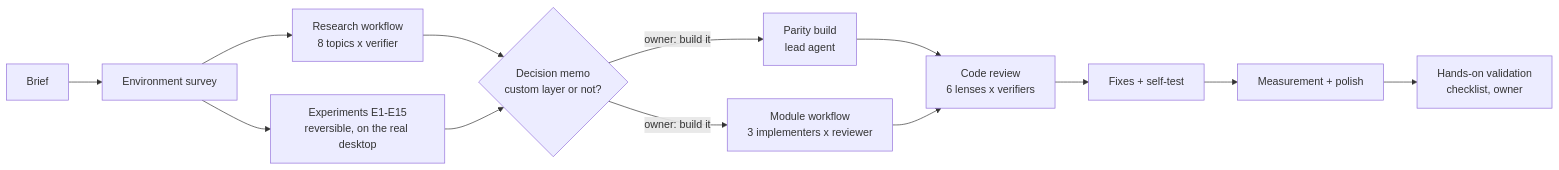
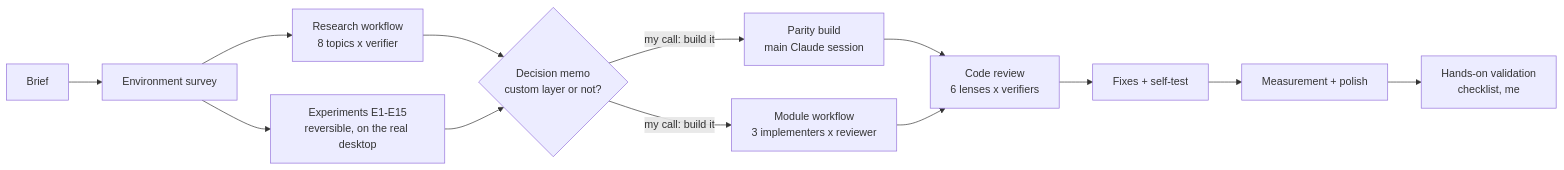
Before and after one commit to AlexToumayan/quietdesk: the diagram in docs/CASE-STUDY.md, drawn with Mermaid. The commit also changed other lines of this file and 22 other files, not shown here.

````diff
--- a/docs/CASE-STUDY.md
+++ b/docs/CASE-STUDY.md
@@ -39,15 +46,15 @@
 ```mermaid
 flowchart LR
   B[Brief] --> S[Environment survey]
   S --> R[Research workflow<br/>8 topics x verifier]
   S --> E[Experiments E1-E15<br/>reversible, on the real desktop]
   R --> D{Decision memo<br/>custom layer or not?}
   E --> D
-  D -->|owner: build it| P[Parity build<br/>lead agent]
-  D -->|owner: build it| M[Module workflow<br/>3 implementers x reviewer]
+  D -->|my call: build it| P[Parity build<br/>main Claude session]
+  D -->|my call: build it| M[Module workflow<br/>3 implementers x reviewer]
   P --> C[Code review<br/>6 lenses x verifiers]
   M --> C
   C --> F[Fixes + self-test]
   F --> Q[Measurement + polish]
-  Q --> V[Hands-on validation<br/>checklist, owner]
+  Q --> V[Hands-on validation<br/>checklist, me]
 ```
````
